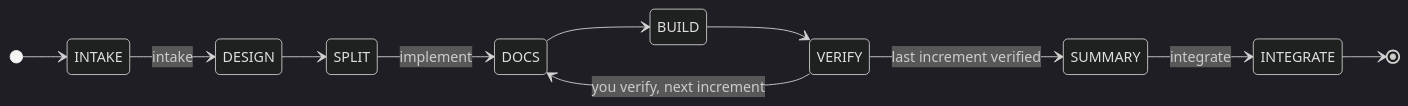
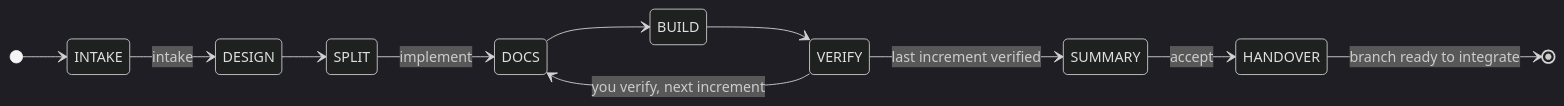
One commit to an-dr/agents changed the fifth of 6 diagrams in README.md. Above: the diagram before and after it, drawn with Mermaid (dark theme). The commit also changed other lines of this file and 25 other files, not shown here.

First line of the commit message:
feat(workflow)!: end flows at handover, integrate only on request

````diff
--- a/README.md
+++ b/README.md
@@ -148,14 +148,14 @@
 ```mermaid
 stateDiagram-v2
   direction LR
   [*] --> INTAKE
   INTAKE --> DESIGN: intake
   DESIGN --> SPLIT
   SPLIT --> DOCS: implement
   DOCS --> BUILD
   BUILD --> VERIFY
   VERIFY --> DOCS: you verify, next increment
   VERIFY --> SUMMARY: last increment verified
-  SUMMARY --> INTEGRATE: integrate
-  INTEGRATE --> [*]
+  SUMMARY --> HANDOVER: accept
+  HANDOVER --> [*]: branch ready to integrate
 ```
````
